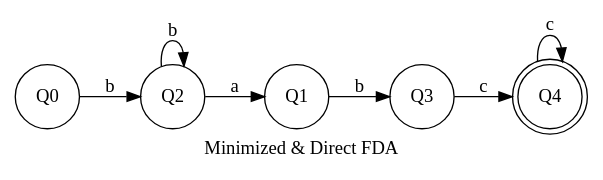
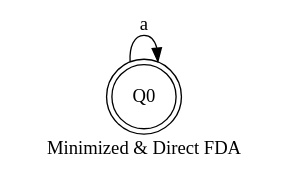
The diagram in Tree/default/Direct/AFD_min_direct.gv (emiliosolanoo21/LabCD_LP), drawn with Graphviz before and after one commit. The commit also changed 37 other files, not shown here.

```diff
--- a/Tree/default/Direct/AFD_min_direct.gv
+++ b/Tree/default/Direct/AFD_min_direct.gv
@@ -1,16 +1,7 @@
 // AFN
 digraph {
 	rankdir=LR
 	label="Minimized & Direct FDA"
-	1616122952384 [label=Q0 shape=circle]
-	1616122952480 [label=Q2 shape=circle]
-	1616122952336 [label=Q1 shape=circle]
-	1616122951136 [label=Q3 shape=circle]
-	1616122952240 [label=Q4 shape=doublecircle]
-	1616122952240 -> 1616122952240 [label=c]
-	1616122951136 -> 1616122952240 [label=c]
-	1616122952336 -> 1616122951136 [label=b]
-	1616122952480 -> 1616122952336 [label=a]
-	1616122952480 -> 1616122952480 [label=b]
-	1616122952384 -> 1616122952480 [label=b]
+	2417075464656 [label=Q0 shape=doublecircle]
+	2417075464656 -> 2417075464656 [label=a]
 }
```
